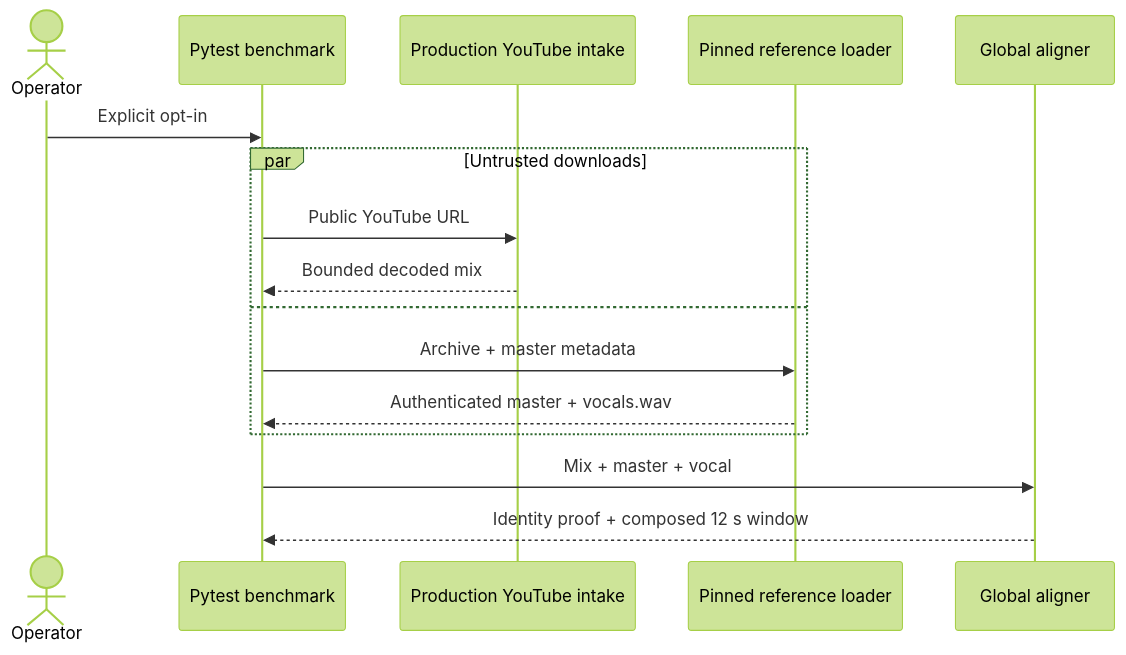
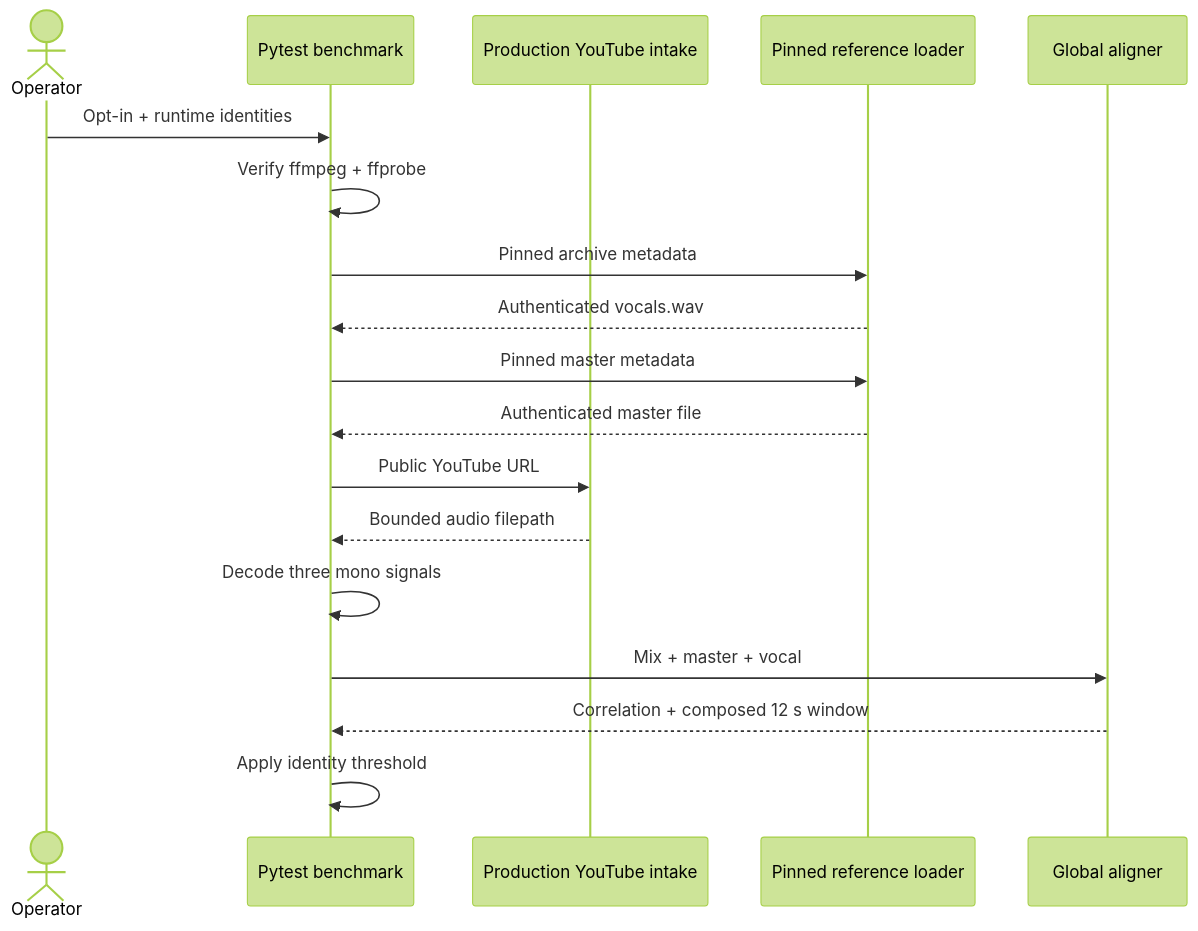
One commit to ContextualWisdomLab/bandscope changed the second of 7 diagrams in docs/architecture/diagrams.md. Above: the diagram before and after it, drawn with Mermaid (forest theme). The commit also changed other lines of this file and 40 other files, not shown here.

````diff
--- a/docs/architecture/diagrams.md
+++ b/docs/architecture/diagrams.md
@@ -20,18 +20,20 @@
 ```mermaid
 sequenceDiagram
     actor Operator
     participant Test as Pytest benchmark
     participant Intake as Production YouTube intake
     participant Ref as Pinned reference loader
     participant Align as Global aligner
-    Operator->>Test: Explicit opt-in
-    par Untrusted downloads
-        Test->>Intake: Public YouTube URL
-        Intake-->>Test: Bounded decoded mix
-    and
-        Test->>Ref: Archive + master metadata
-        Ref-->>Test: Authenticated master + vocals.wav
-    end
+    Operator->>Test: Opt-in + runtime identities
+    Test->>Test: Verify ffmpeg + ffprobe
+    Test->>Ref: Pinned archive metadata
+    Ref-->>Test: Authenticated vocals.wav
+    Test->>Ref: Pinned master metadata
+    Ref-->>Test: Authenticated master file
+    Test->>Intake: Public YouTube URL
+    Intake-->>Test: Bounded audio filepath
+    Test->>Test: Decode three mono signals
     Test->>Align: Mix + master + vocal
-    Align-->>Test: Identity proof + composed 12 s window
+    Align-->>Test: Correlation + composed 12 s window
+    Test->>Test: Apply identity threshold
 ```
````
